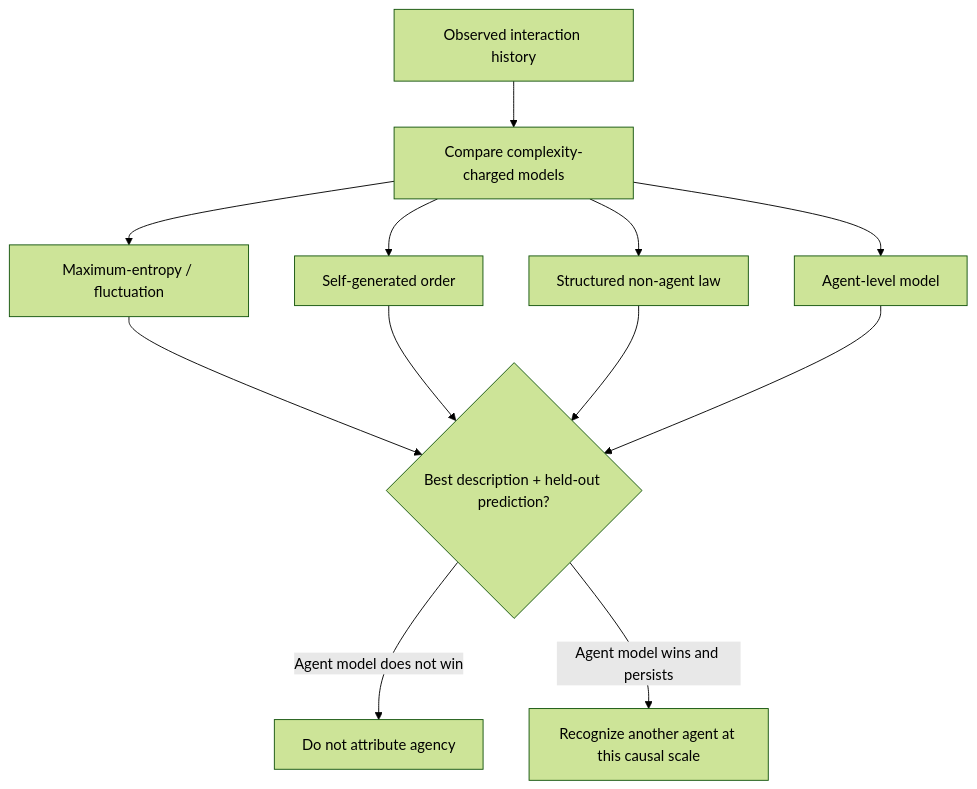
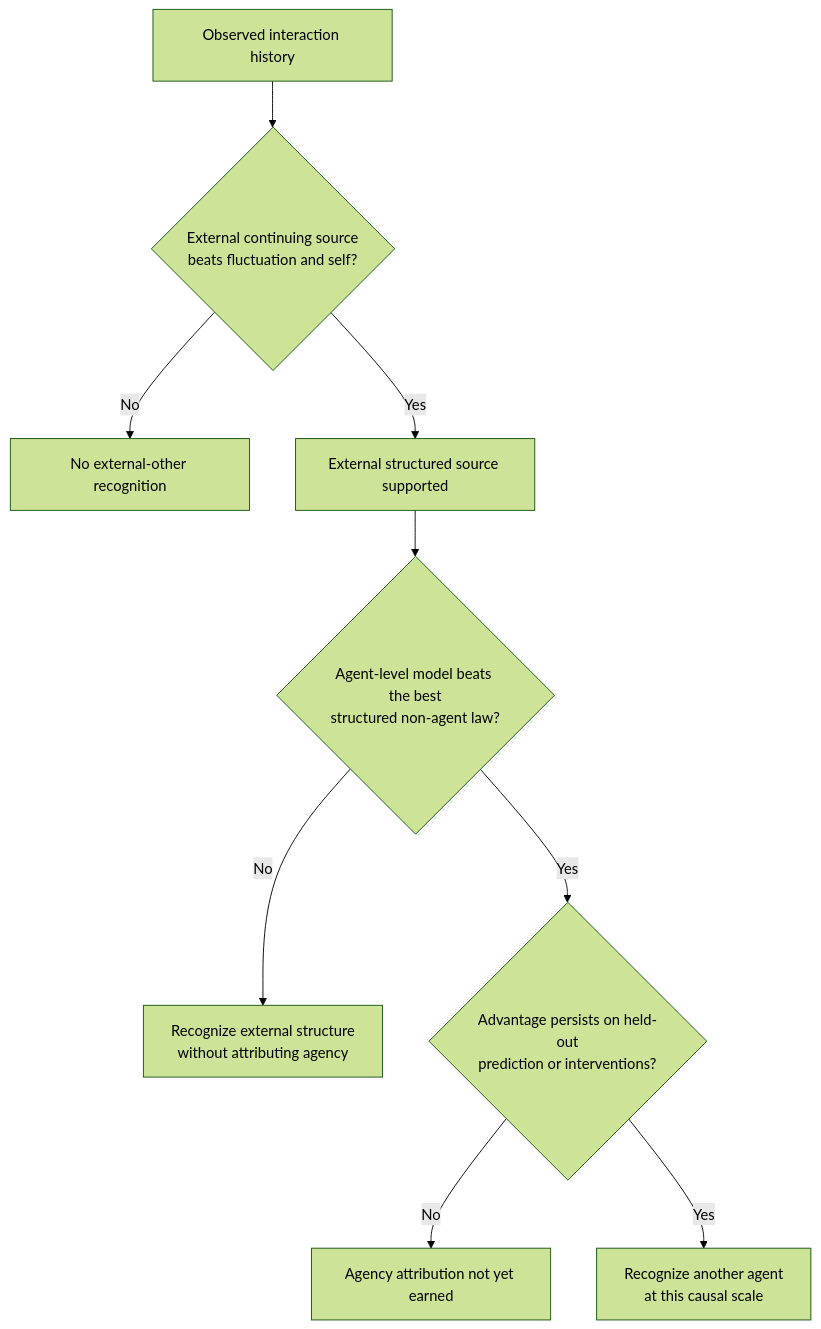
The diagram in informational_time_negentropy_clarifications.md (franklinbaldo/papers), drawn with Mermaid (forest theme) before and after one commit. The commit also changed other lines of this file, not shown here.

Commit message:
paper: sharpen two-stage agency recognition diagram

````diff
--- a/informational_time_negentropy_clarifications.md
+++ b/informational_time_negentropy_clarifications.md
@@ -161,14 +161,11 @@
 ```mermaid
 flowchart TD
-    D[Observed interaction history] --> M[Compare complexity-charged models]
-    M --> X[Maximum-entropy / fluctuation]
-    M --> S[Self-generated order]
-    M --> L[Structured non-agent law]
-    M --> A[Agent-level model]
-    X --> C{Best description + held-out prediction?}
-    S --> C
-    L --> C
-    A --> C
-    C -->|Agent model does not win| N[Do not attribute agency]
-    C -->|Agent model wins and persists| R[Recognize another agent at this causal scale]
+    D[Observed interaction history] --> G1{External continuing source<br/>beats fluctuation and self?}
+    G1 -- No --> N1[No external-other recognition]
+    G1 -- Yes --> E[External structured source supported]
+    E --> G2{Agent-level model beats the best<br/>structured non-agent law?}
+    G2 -- No --> L[Recognize external structure<br/>without attributing agency]
+    G2 -- Yes --> P{Advantage persists on held-out<br/>prediction or interventions?}
+    P -- No --> U[Agency attribution not yet earned]
+    P -- Yes --> R[Recognize another agent<br/>at this causal scale]
 ```
````
